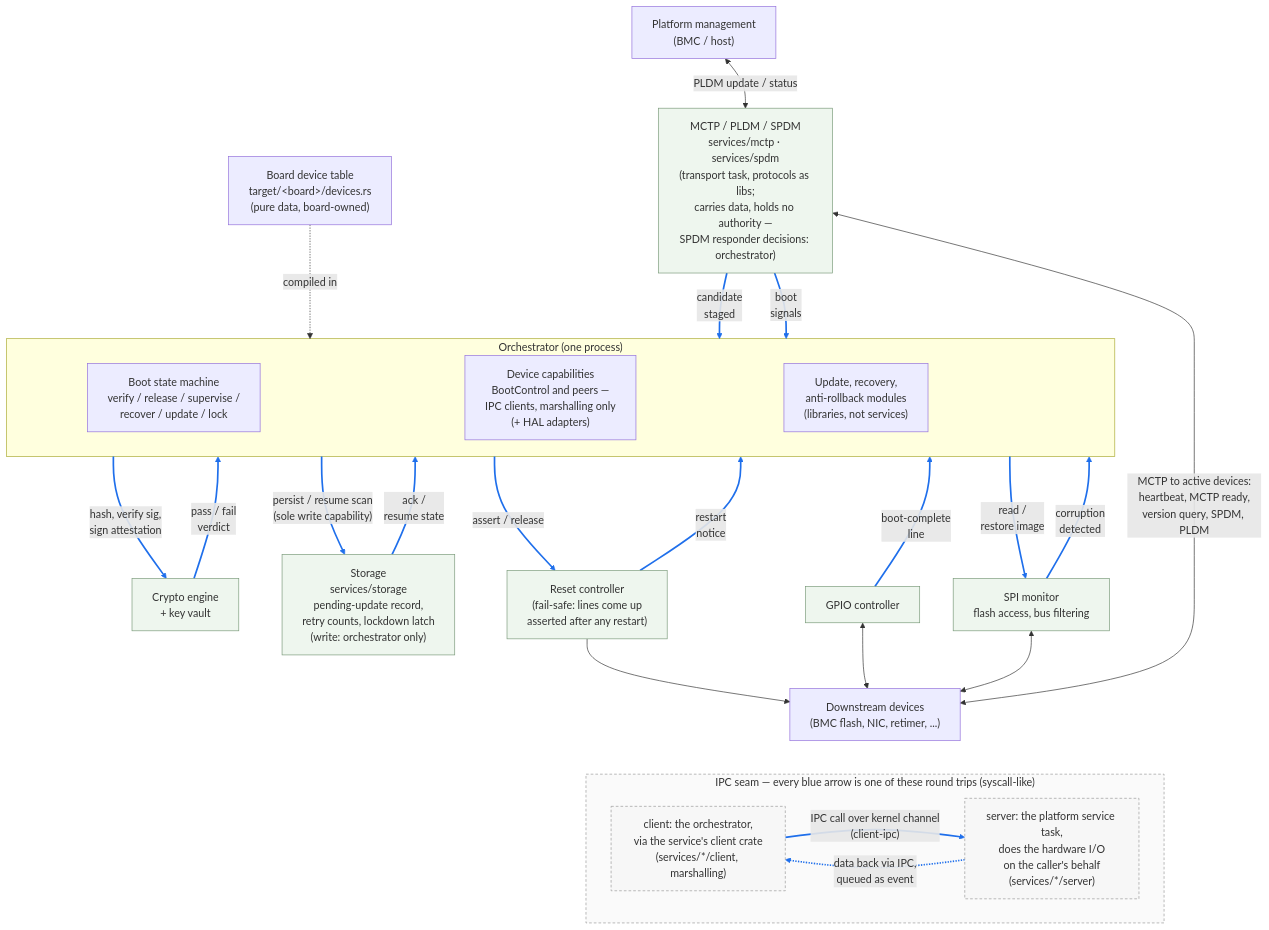
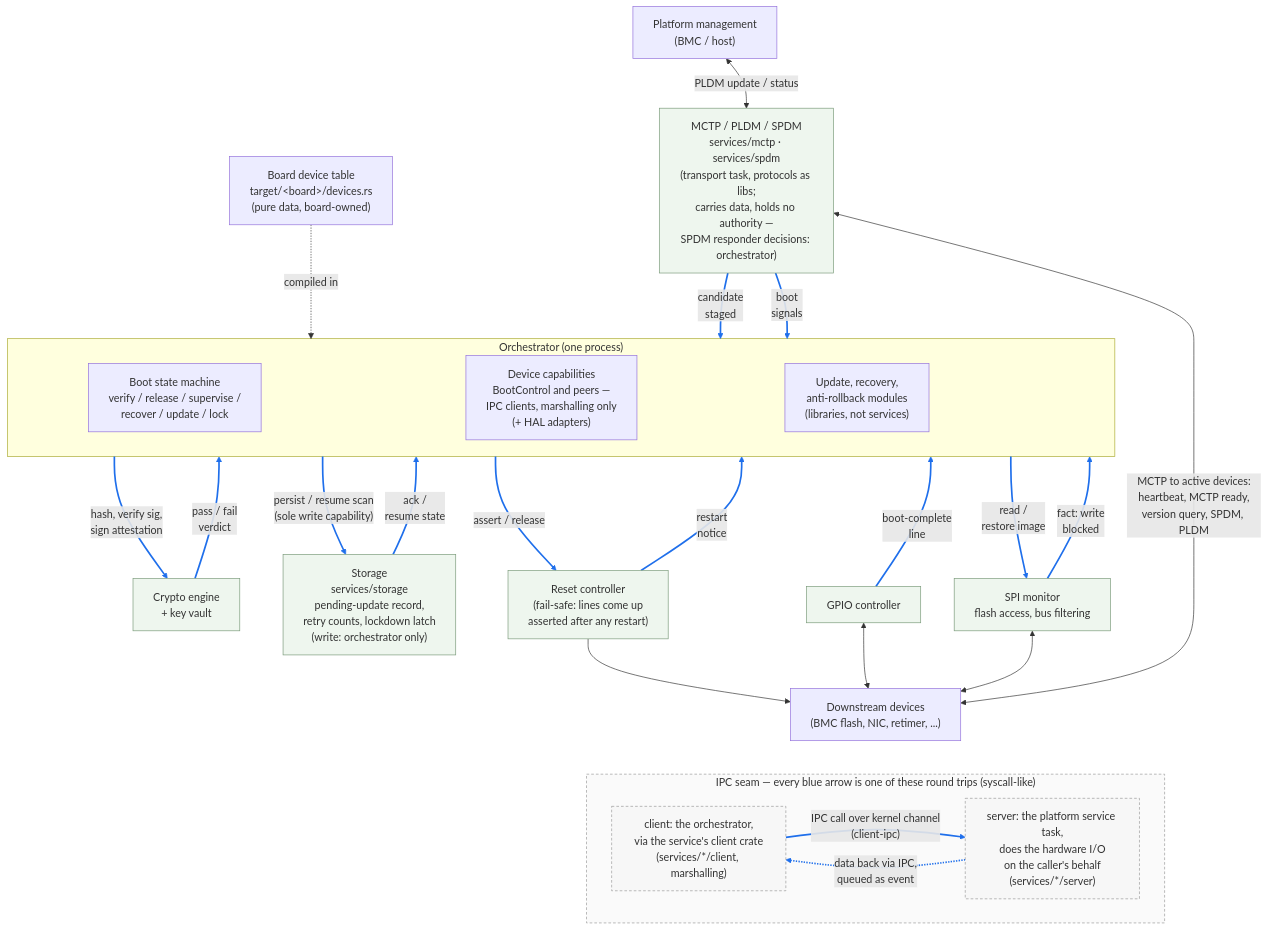
Before and after one commit to OpenPRoT/openprot: the diagram in docs/src/design/orchestrator/orchestrator-platform.md, drawn with Mermaid. The commit also changed other lines of this file, not shown here.

First line of the commit message:
docs(orchestrator): SPI monitor reports facts, not corruption verdicts

````diff
--- a/docs/src/design/orchestrator/orchestrator-platform.md
+++ b/docs/src/design/orchestrator/orchestrator-platform.md
@@ -49,69 +49,69 @@
 ```mermaid
 flowchart TB
     TABLE["Board device table<br/>target/&lt;board&gt;/devices.rs<br/>(pure data, board-owned)"]
     BMC["Platform management<br/>(BMC / host)"]
 
     subgraph ORCH["Orchestrator&nbsp;(one&nbsp;process)"]
         SM["Boot state machine<br/>verify / release / supervise /<br/>recover / update / lock"]
         MOD["Update, recovery,<br/>anti-rollback modules<br/>(libraries, not services)"]
         CAP["Device capabilities<br/>BootControl and peers —<br/>IPC clients, marshalling only<br/>(+ HAL adapters)"]
     end
 
     NET["MCTP / PLDM / SPDM<br/>services/mctp · services/spdm<br/>(transport task, protocols as libs;<br/>carries data, holds no authority —<br/>SPDM responder decisions: orchestrator)"]
     CRYPTO["Crypto engine<br/>+ key vault"]
     STORE["Storage<br/>services/storage<br/>pending-update record,<br/>retry counts, lockdown latch<br/>(write: orchestrator only)"]
     SPI["SPI monitor<br/>flash access, bus filtering"]
     RST["Reset controller<br/>(fail-safe: lines come up<br/>asserted after any restart)"]
     GPIO["GPIO controller"]
 
     DEV["Downstream devices<br/>(BMC flash, NIC, retimer, ...)"]
 
     %% invisible links first: they win dagre's cycle-breaking, pinning the layers
     BMC ~~~ MOD & CAP
     ORCH ~~~ GPIO
     SM ~~~ STORE
     MOD ~~~ GPIO
 
     %% config is compiled in, not owned
     TABLE -.->|"compiled in"| ORCH
 
     %% intake path — BMC never talks to the orchestrator directly
     BMC <-->|"PLDM update / status"| NET
     NET -->|"candidate<br/>staged"| ORCH
 
     %% commands (down, fire-and-forget) and events (up) — replies are queued events, the orchestrator never blocks
     ORCH -->|"read /<br/>restore image"| SPI
     ORCH -->|"hash, verify sig,<br/>sign attestation"| CRYPTO
     ORCH -->|"persist / resume scan<br/>(sole write capability)"| STORE
     ORCH -->|"assert / release"| RST
     CRYPTO -->|"pass / fail<br/>verdict"| ORCH
     STORE -->|"ack /<br/>resume state"| ORCH
     RST -->|"restart<br/>notice"| ORCH
-    SPI -->|"corruption<br/>detected"| ORCH
+    SPI -->|"fact: write<br/>blocked"| ORCH
     GPIO -->|"boot-complete<br/>line"| ORCH
     NET -->|"boot<br/>signals"| ORCH
 
     %% hardware
     RST --> DEV
     GPIO <--> DEV
     SPI <--> DEV
     NET <-->|"MCTP to active devices:<br/>heartbeat, MCTP ready,<br/>version query, SPDM, PLDM"| DEV
 
     %% every blue orchestrator ↔ service arrow above is one of these round trips
     subgraph IPCL["IPC seam — every blue arrow is one of these round trips (syscall-like)"]
         direction LR
         CL["client: the orchestrator,<br/>via the service's client crate<br/>(services/*/client, marshalling)"] -->|"IPC call over kernel channel<br/>(client-ipc)"| SV["server: the platform service task,<br/>does the hardware I/O<br/>on the caller's behalf<br/>(services/*/server)"]
         SV -.->|"data back via IPC,<br/>queued as event"| CL
     end
     DEV ~~~ IPCL
     style IPCL fill:#fafafa,stroke:#999,stroke-dasharray:4 3
 
     %% IPC edges in blue; indices count every link above in source order, invisible ~~~ links included
     linkStyle 7,8,9,10,11,12,13,14,15,16,17,22,23 stroke:#1f6feb,stroke-width:2.5px
 
     %% all plain nodes outside the box are platform services: own tasks, shared, board-wired
     classDef svc fill:#eef6ee,stroke:#7a9a7a
     class NET,CRYPTO,STORE,SPI,RST,GPIO svc
     classDef legend fill:#f7f7f7,stroke:#999,stroke-dasharray:4 3
     class CL,SV legend
 ```
````
